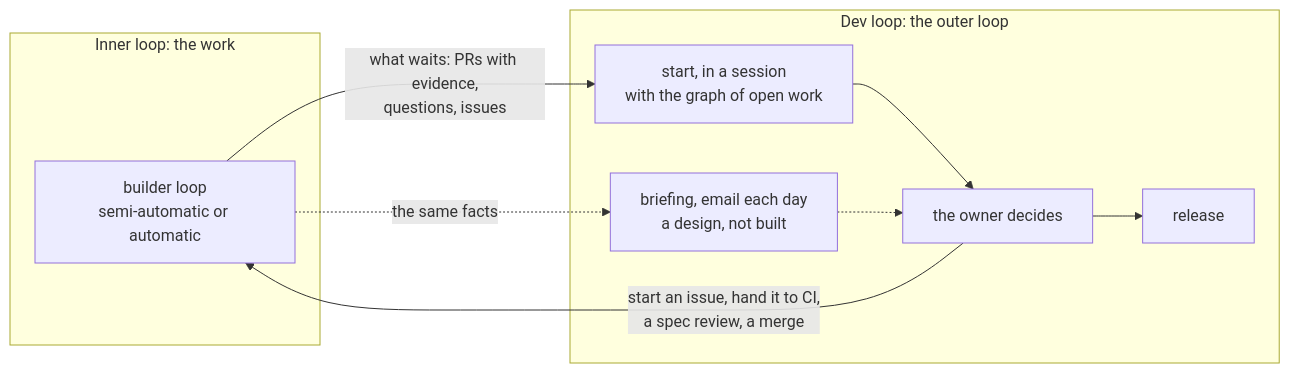
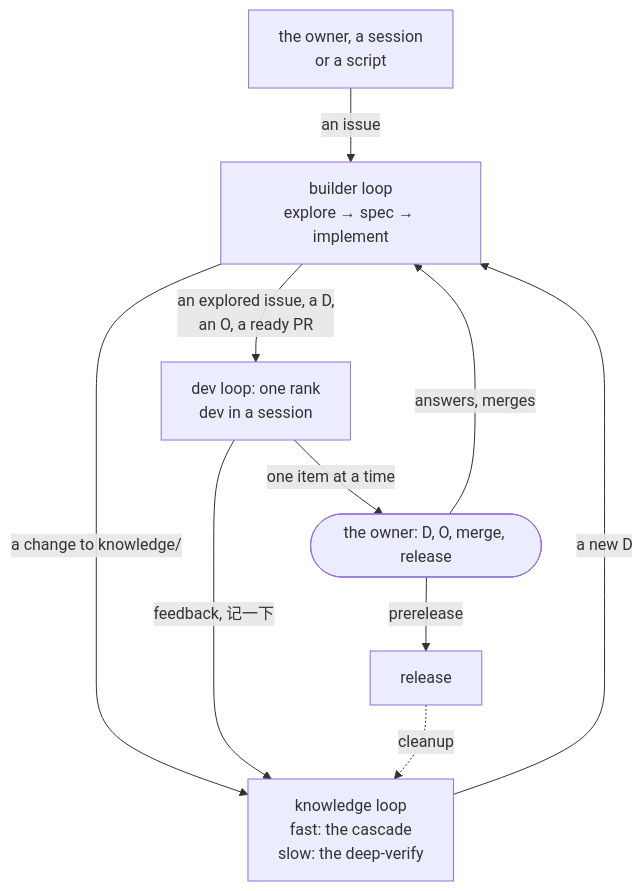
The first of 3 diagrams in knowledge/spec/L2-loops.md (shiyuann/aboveloop), drawn with Mermaid before and after one commit. The commit also changed other lines of this file and 81 other files, not shown here.

````diff
--- a/knowledge/spec/L2-loops.md
+++ b/knowledge/spec/L2-loops.md
@@ -40,14 +43,12 @@
 ```mermaid
-flowchart LR
-  subgraph IN["Inner loop: the work"]
-    BL["builder loop<br/>semi-automatic or automatic"]
-  end
-  subgraph OUT["Dev loop: the outer loop"]
-    ST["start, in a session<br/>with the graph of open work"] --> DE["the owner decides"]
-    BR["briefing, email each day<br/>a design, not built"] -.-> DE
-    DE --> RL["release"]
-  end
-  BL -->|"what waits: PRs with evidence,<br/>questions, issues"| ST
-  BL -.->|"the same facts"| BR
-  DE -->|"start an issue, hand it to CI,<br/>a spec review, a merge"| BL
+flowchart TB
+  OP["the owner, a session<br/>or a script"] -->|"an issue"| BL["builder loop<br/>explore → spec → implement"]
+  BL -->|"a change to knowledge/"| KL["knowledge loop<br/>fast: the cascade<br/>slow: the deep-verify"]
+  KL -->|"a new D"| BL
+  BL -->|"an explored issue, a D,<br/>an O, a ready PR"| DL["dev loop: one rank<br/>dev in a session"]
+  DL -->|"feedback, 记一下"| KL
+  DL -->|"one item at a time"| OW(["the owner: D, O, merge, release"])
+  OW -->|"answers, merges"| BL
+  OW -->|"prerelease"| RL["release"]
+  RL -.->|"cleanup"| KL
 ```
````
